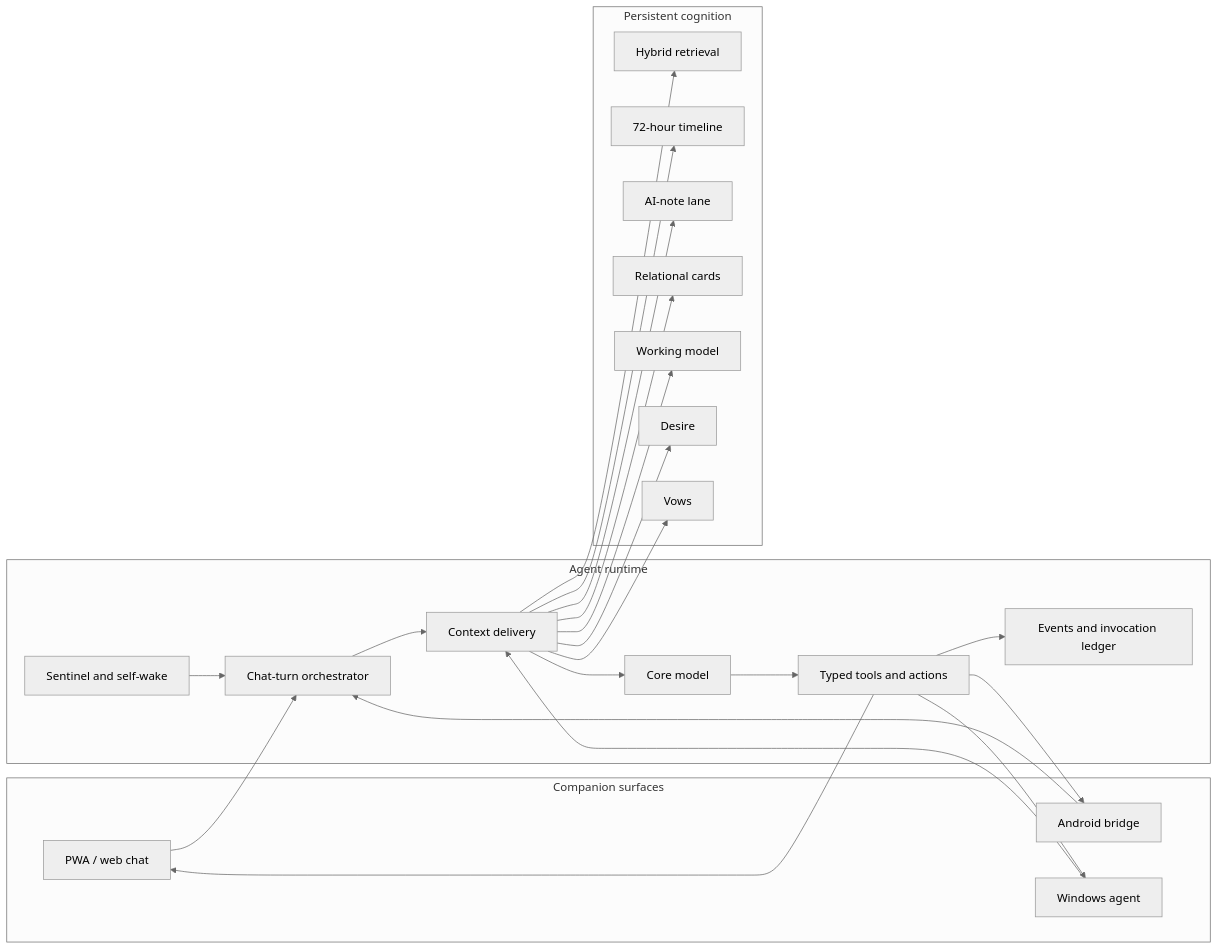
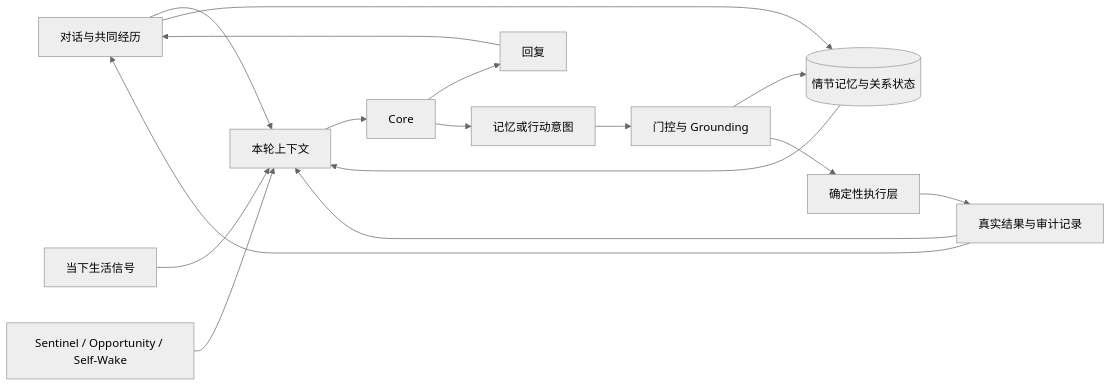
One commit to yy606747/obsidian-vow changed the diagram in README.md. Above: the diagram before and after it, drawn with Mermaid (neutral theme). The commit also changed other lines of this file and 3 other files, not shown here.

````diff
--- a/README.md
+++ b/README.md
@@ -15,46 +17,18 @@
 ```mermaid
 flowchart LR
-    subgraph Surfaces[Companion surfaces]
-        PWA[PWA / web chat]
-        Android[Android bridge]
-        PC[Windows agent]
-    end
-
-    subgraph Runtime[Agent runtime]
-        Turn[Chat-turn orchestrator]
-        Context[Context delivery]
-        Core[Core model]
-        Tools[Typed tools and actions]
-        Wake[Sentinel and self-wake]
-        Ledger[Events and invocation ledger]
-    end
-
-    subgraph Memory[Persistent cognition]
-        Recall[Hybrid retrieval]
-        Timeline[72-hour timeline]
-        Notes[AI-note lane]
-        Cards[Relational cards]
-        Model[Working model]
-        Desire[Desire]
-        Vows[Vows]
-    end
-
-    PWA --> Turn
-    Android --> Turn
-    PC --> Context
-    Wake --> Turn
-    Turn --> Context
-    Context --> Recall
-    Context --> Timeline
-    Context --> Notes
-    Context --> Cards
-    Context --> Model
-    Context --> Desire
-    Context --> Vows
-    Context --> Core
-    Core --> Tools
-    Tools --> Ledger
-    Tools --> PWA
-    Tools --> Android
-    Tools --> PC
+    Experience[对话与共同经历] --> Context[本轮上下文]
+    Experience --> Memory[(情节记忆与关系状态)]
+    Signals[当下生活信号] --> Context
+    Memory --> Context
+    Wake[Sentinel / Opportunity / Self-Wake] --> Context
+    Context --> Core[Core]
+    Core --> Reply[回复]
+    Core --> Intent[记忆或行动意图]
+    Intent --> Gate[门控与 Grounding]
+    Gate --> Memory
+    Gate --> Runtime[确定性执行层]
+    Runtime --> Result[真实结果与审计记录]
+    Result --> Context
+    Reply --> Experience
+    Result --> Experience
 ```
````
